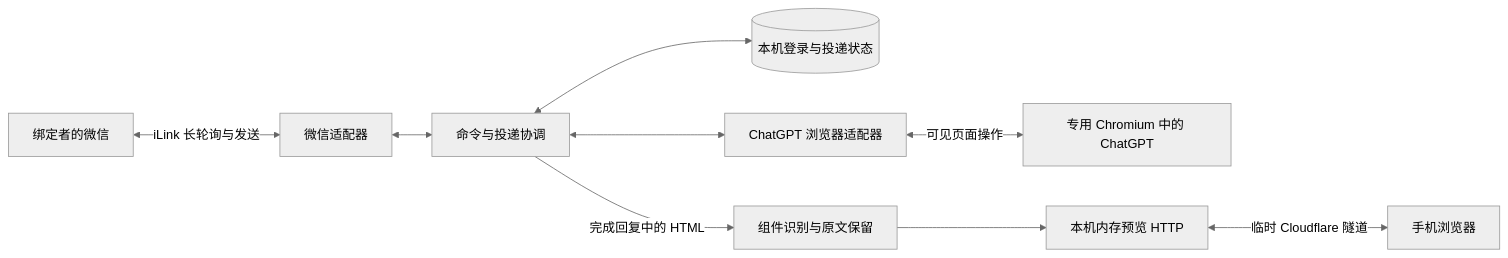
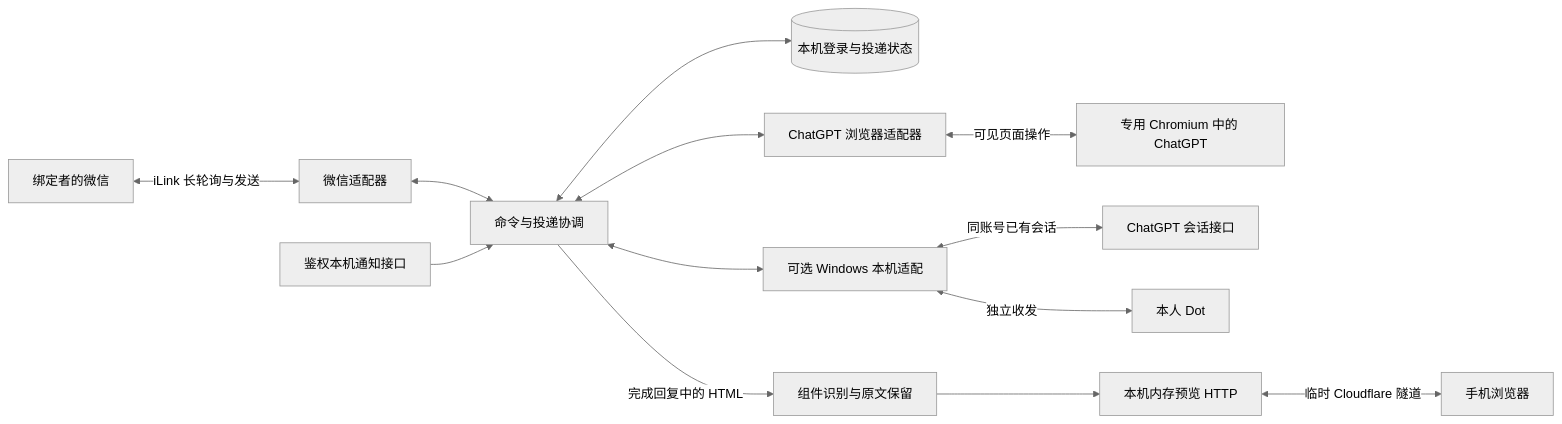
One commit to TianDongL/wechat-chatgpt-bridge changed the diagram in docs/architecture.md. Above: the diagram before and after it, drawn with Mermaid (neutral theme). The commit also changed other lines of this file and 36 other files, not shown here.

````diff
--- a/docs/architecture.md
+++ b/docs/architecture.md
@@ -5,11 +5,15 @@
 ```mermaid
 flowchart LR
     W[绑定者的微信] <-->|iLink 长轮询与发送| A[微信适配器]
     A <--> R[命令与投递协调]
     R <--> S[(本机登录与投递状态)]
     R <--> B[ChatGPT 浏览器适配器]
     B <-->|可见页面操作| C[专用 Chromium 中的 ChatGPT]
+    R <--> N[可选 Windows 本机适配]
+    N <-->|同账号已有会话| G[ChatGPT 会话接口]
+    N <-->|独立收发| D[本人 Dot]
+    L[鉴权本机通知接口] --> R
     R -->|完成回复中的 HTML| H[组件识别与原文保留]
     H --> P[本机内存预览 HTTP]
     P <-->|临时 Cloudflare 隧道| M[手机浏览器]
 ```
````
